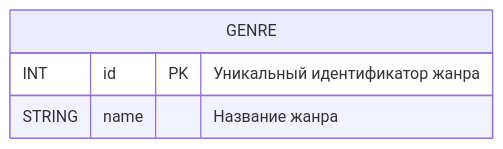
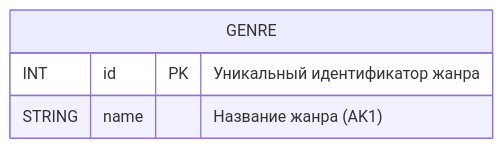
Before and after one commit to go-park-mail-ru/2024_1_Cyberkotletki: the third of 21 diagrams in db/normalized/relations.md, drawn with Mermaid. The commit also changed other lines of this file and 2 other files, not shown here.

````diff
--- a/db/normalized/relations.md
+++ b/db/normalized/relations.md
@@ -65,7 +67,7 @@
 ```mermaid
 erDiagram
     GENRE {
         INT id PK "Уникальный идентификатор жанра"
-        STRING name "Название жанра"
+        STRING name "Название жанра (AK1)"
     }
 ```
````
